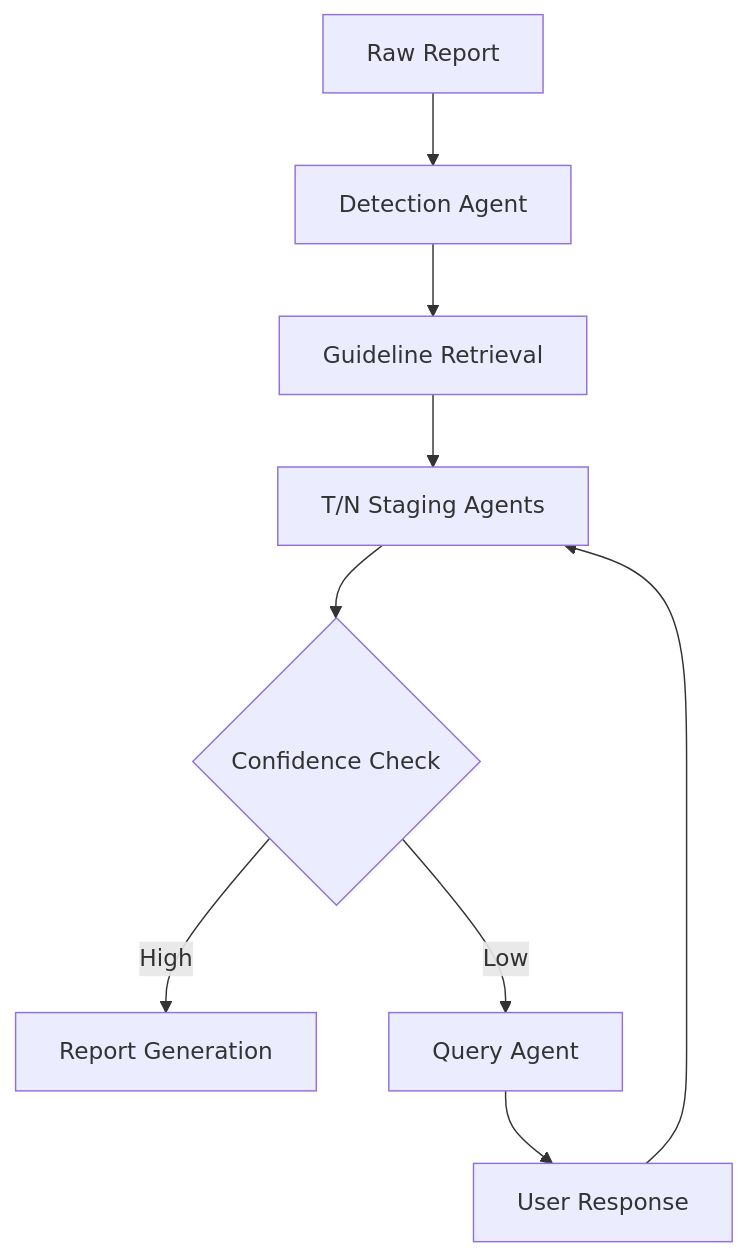
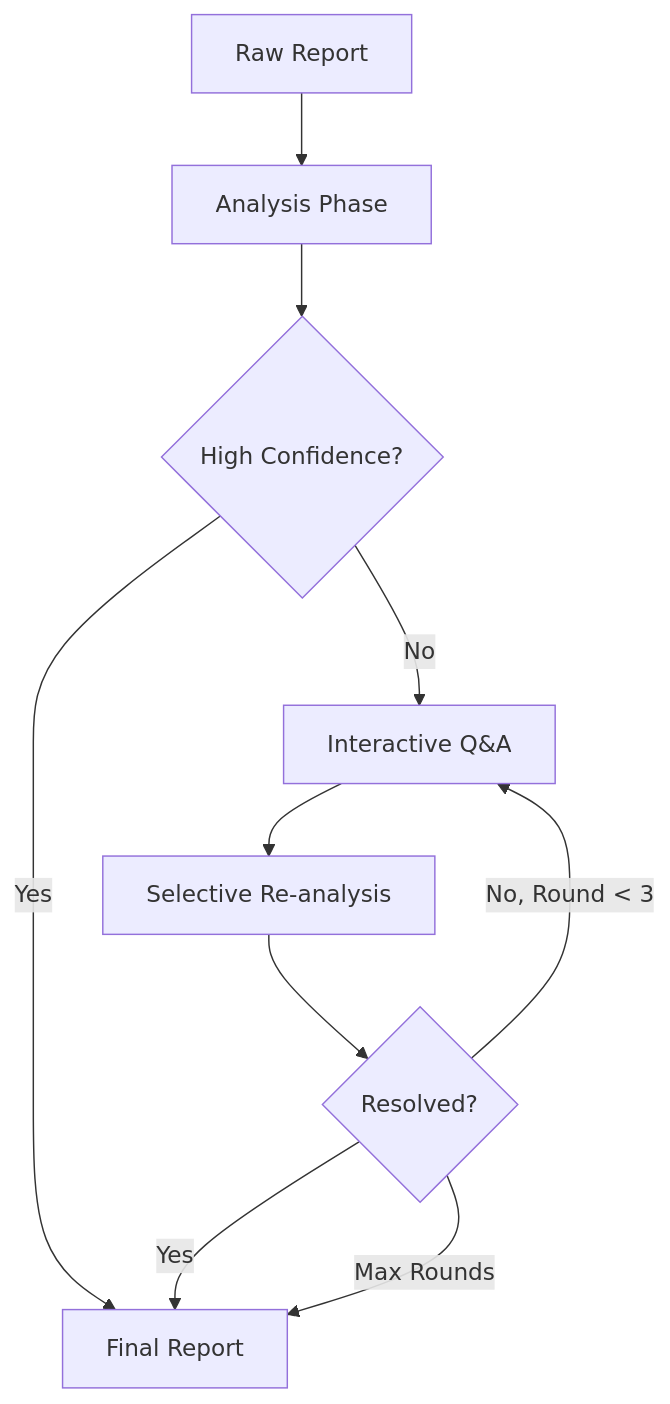
Before and after one commit to znee/tn_staging_agentic: the third of 3 diagrams in ARCHITECTURE.md, drawn with Mermaid. The commit also changed other lines of this file and 1 other file, not shown here.

First line of the commit message:
docs: Fix ARCHITECTURE.md Mermaid diagrams for multi-round workflow

````diff
--- a/ARCHITECTURE.md
+++ b/ARCHITECTURE.md
@@ -156,11 +179,12 @@
 ```mermaid
 graph TD
-    A[Raw Report] --> B[Detection Agent]
-    B --> C[Guideline Retrieval]
-    C --> D[T/N Staging Agents]
-    D --> E{Confidence Check}
-    E -->|High| F[Report Generation]
-    E -->|Low| G[Query Agent]
-    G --> H[User Response]
-    H --> D
+    A[Raw Report] --> B[Analysis Phase]
+    B --> C{High Confidence?}
+    C -->|Yes| D[Final Report]
+    C -->|No| E[Interactive Q&A]
+    E --> F[Selective Re-analysis]
+    F --> G{Resolved?}
+    G -->|Yes| D
+    G -->|No, Round < 3| E
+    G -->|Max Rounds| D
 ```
````
